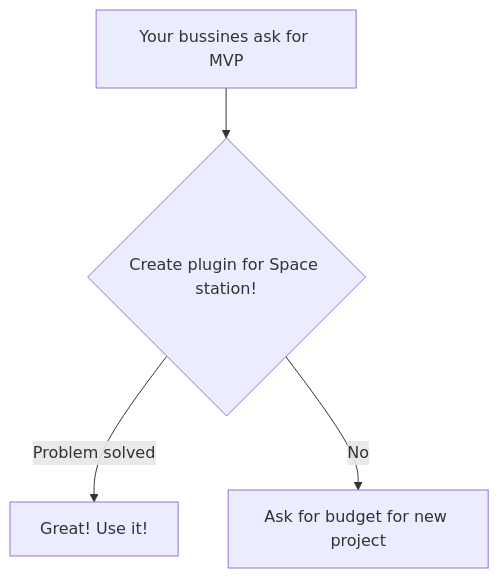
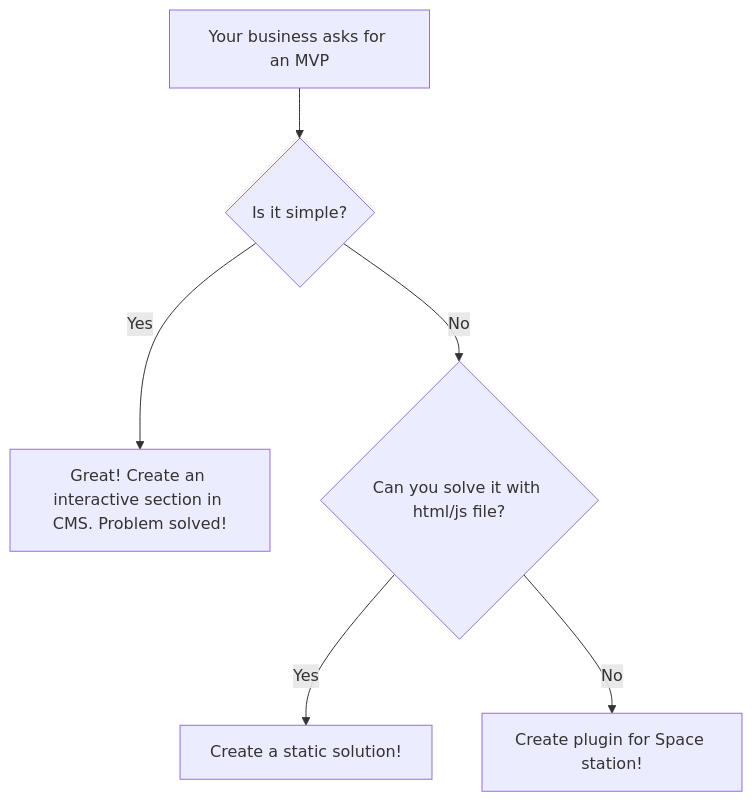
Before and after one commit to postpdm/space_station: the diagram in README.md, drawn with Mermaid.

Commit message:
#17 Univeral solution algorithm, part 2

````diff
--- a/README.md
+++ b/README.md
@@ -5,6 +5,8 @@
 ```mermaid
 flowchart TD
-    A[Your bussines ask for MVP] --> B{Create plugin for Space station!}
-    B -- Problem solved --> C[Great! Use it!]
-    B -- No --> D[Ask for budget for new project]
+    A[Your business asks for an MVP] --> B{Is it simple?}
+    B -- Yes --> C[Great! Create an interactive section in CMS. Problem solved!]
+    B -- No --> D{Can you solve it with html/js file?}
+    D -- Yes --> E[Create a static solution!]
+    D -- No --> F[Create plugin for Space station!]
 ```
````
